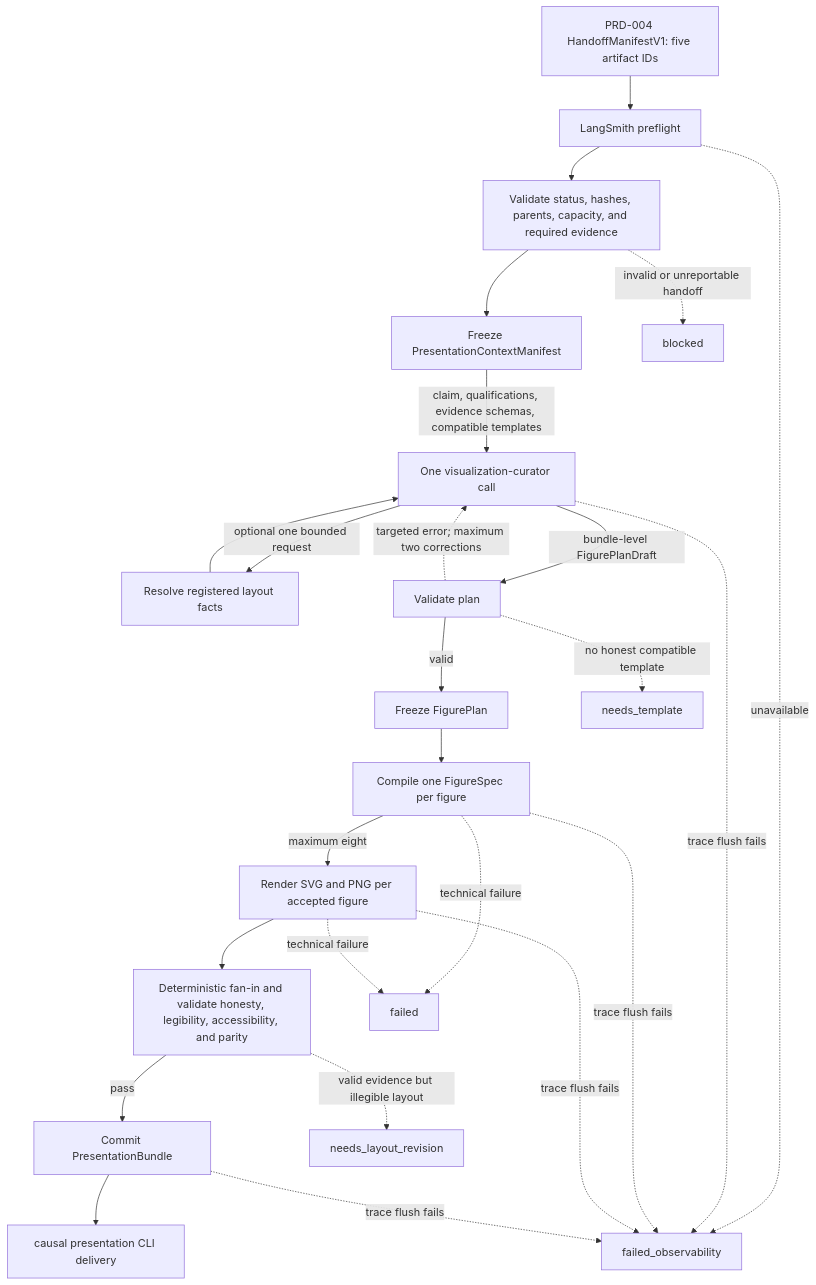
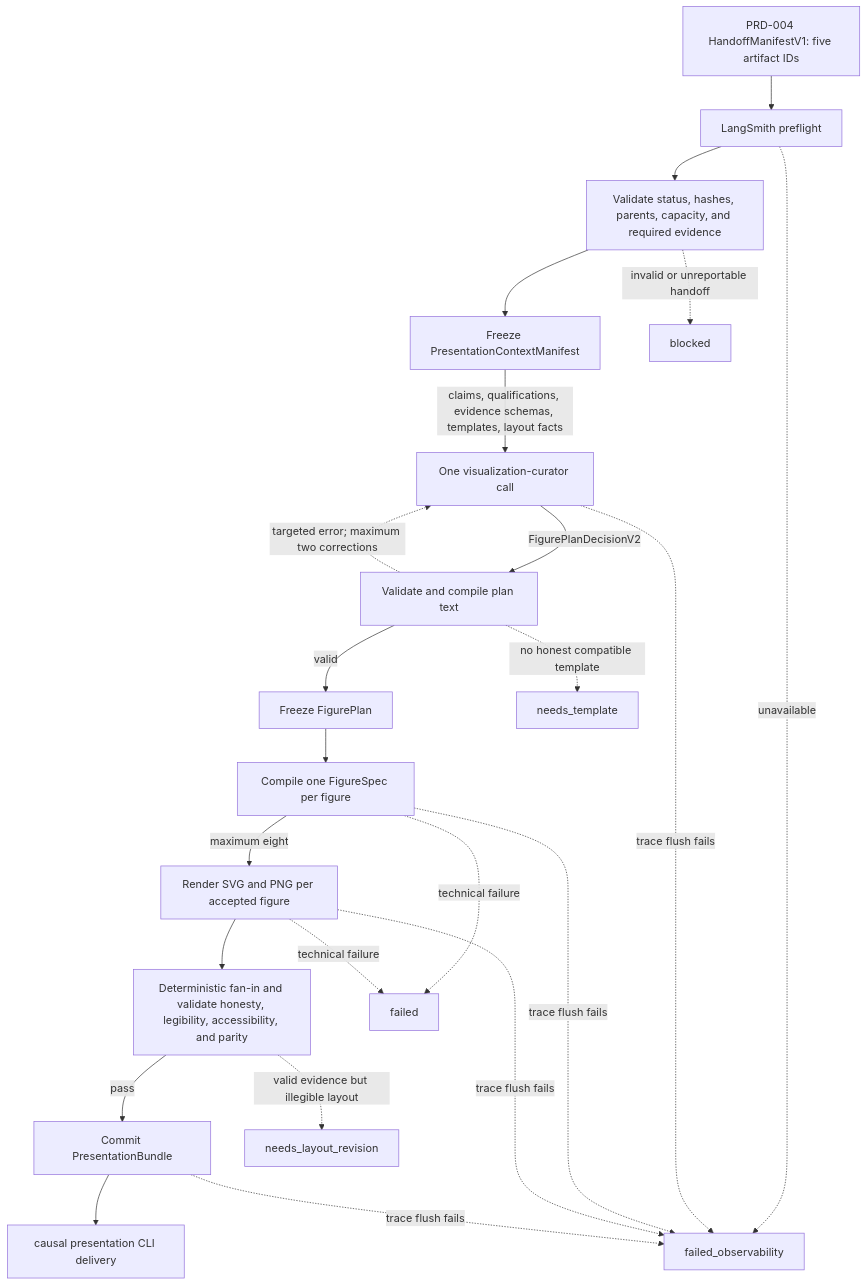
Before and after one commit to Axionis47/causal-inference-agent: the first of 3 diagrams in docs/product/PRD-005-evidence-visualization-presentation.md, drawn with Mermaid. The commit also changed other lines of this file and 348 other files, not shown here.

````diff
--- a/docs/product/PRD-005-evidence-visualization-presentation.md
+++ b/docs/product/PRD-005-evidence-visualization-presentation.md
@@ -171,27 +180,25 @@
 ```mermaid
 flowchart TD
     A["PRD-004 HandoffManifestV1: five artifact IDs"] --> O["LangSmith preflight"]
     O --> B["Validate status, hashes, parents, capacity, and required evidence"]
     B --> C["Freeze PresentationContextManifest"]
-    C -->|"claim, qualifications, evidence schemas, compatible templates"| D["One visualization-curator call"]
-    D -->|"optional one bounded request"| E["Resolve registered layout facts"]
-    E --> D
-    D -->|"bundle-level FigurePlanDraft"| F["Validate plan"]
+    C -->|"claims, qualifications, evidence schemas, templates, layout facts"| D["One visualization-curator call"]
+    D -->|"FigurePlanDecisionV2"| F["Validate and compile plan text"]
     F -->|"valid"| G["Freeze FigurePlan"]
     G --> H["Compile one FigureSpec per figure"]
     H -->|"maximum eight"| I["Render SVG and PNG per accepted figure"]
     I --> J["Deterministic fan-in and validate honesty, legibility, accessibility, and parity"]
     J -->|"pass"| K["Commit PresentationBundle"]
     K --> L["causal presentation CLI delivery"]
     F -. "targeted error; maximum two corrections" .-> D
     F -. "no honest compatible template" .-> NT["needs_template"]
     J -. "valid evidence but illegible layout" .-> NL["needs_layout_revision"]
     B -. "invalid or unreportable handoff" .-> BL["blocked"]
     O -. "unavailable" .-> FO["failed_observability"]
     D -. "trace flush fails" .-> FO
     H -. "trace flush fails" .-> FO
     I -. "trace flush fails" .-> FO
     K -. "trace flush fails" .-> FO
     H -. "technical failure" .-> X["failed"]
     I -. "technical failure" .-> X
 ```
````
